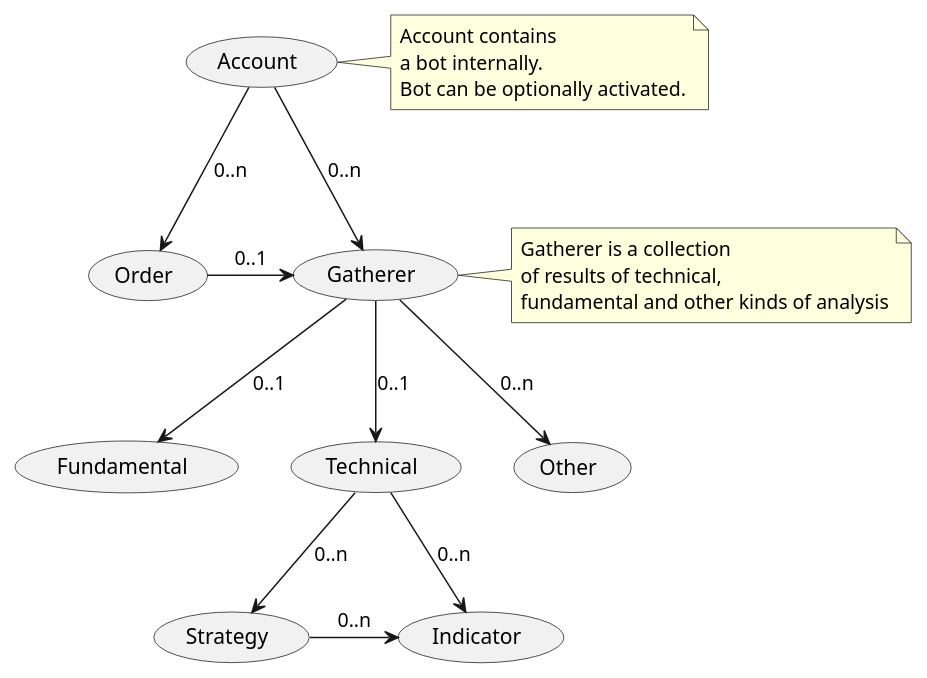
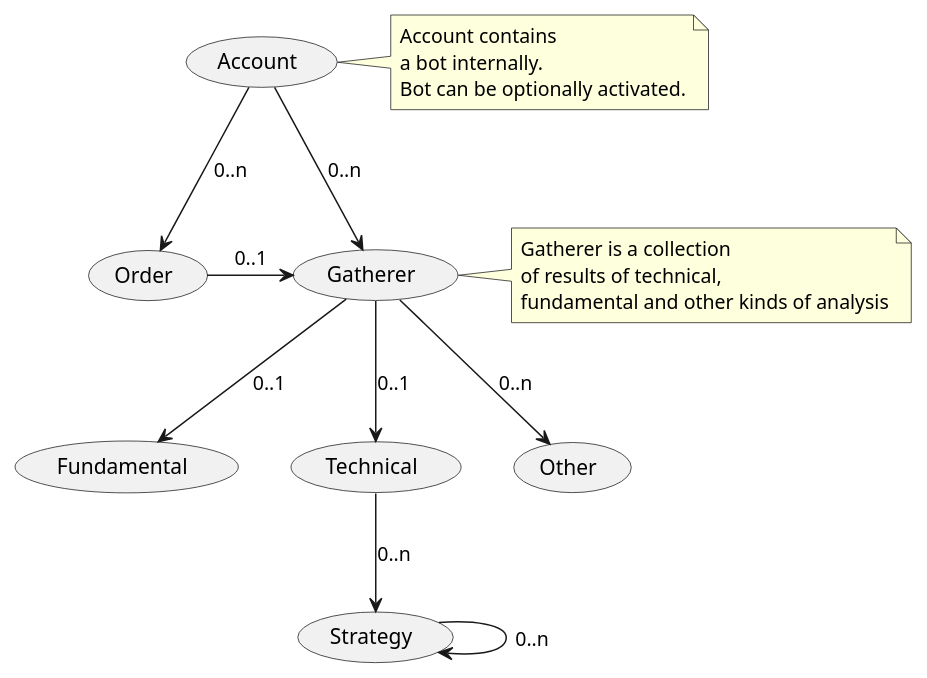
The diagram in aggregates.puml (R-tooR/tradebot-game-concept), drawn with PlantUML before and after one commit. The commit also changed 2 other files, not shown here.

Commit message:
Indicator and Strategy separated aggregates replaced by Strategy composite

```diff
--- a/aggregates.puml
+++ b/aggregates.puml
@@ -1,40 +1,38 @@
 @startuml
 'https://plantuml.com/use-case-diagram
 
 (Gatherer) as (Gath)
 (Order) as (Ord)
 (Fundamental) as (Fund)
 (Technical) as (Tech)
 (Account) as (Acc)
 (Other) as (Othr)
 (Strategy) as (Str)
-(Indicator) as (Ind)
 
 (Gath) --> (Tech) : 0..1
 (Gath) --> (Fund) : 0..1
 (Gath) --> (Othr) : 0..n
 (Ord) -> (Gath) : 0..1
 (Acc) --> (Gath) : 0..n
 (Acc) --> (Ord) : 0..n
 (Tech) --> (Str) : 0..n
-(Tech) --> (Ind) : 0..n
-(Str) -> (Ind) : 0..n
+(Str) --> (Str) : 0..n
 
 note right of (Acc)
   Account contains
   a bot internally.
   Bot can be optionally activated.
 end note
 
 note right of (Gath)
   Gatherer is a collection
   of results of technical,
   fundamental and other kinds of analysis
 end note
 
 'Admin ---> (Use) : 0to1
 
 'note "This note is connected\nto several objects." as N2
 '(Start) .. N2
 'N2 .. (Use)
 @enduml
```
